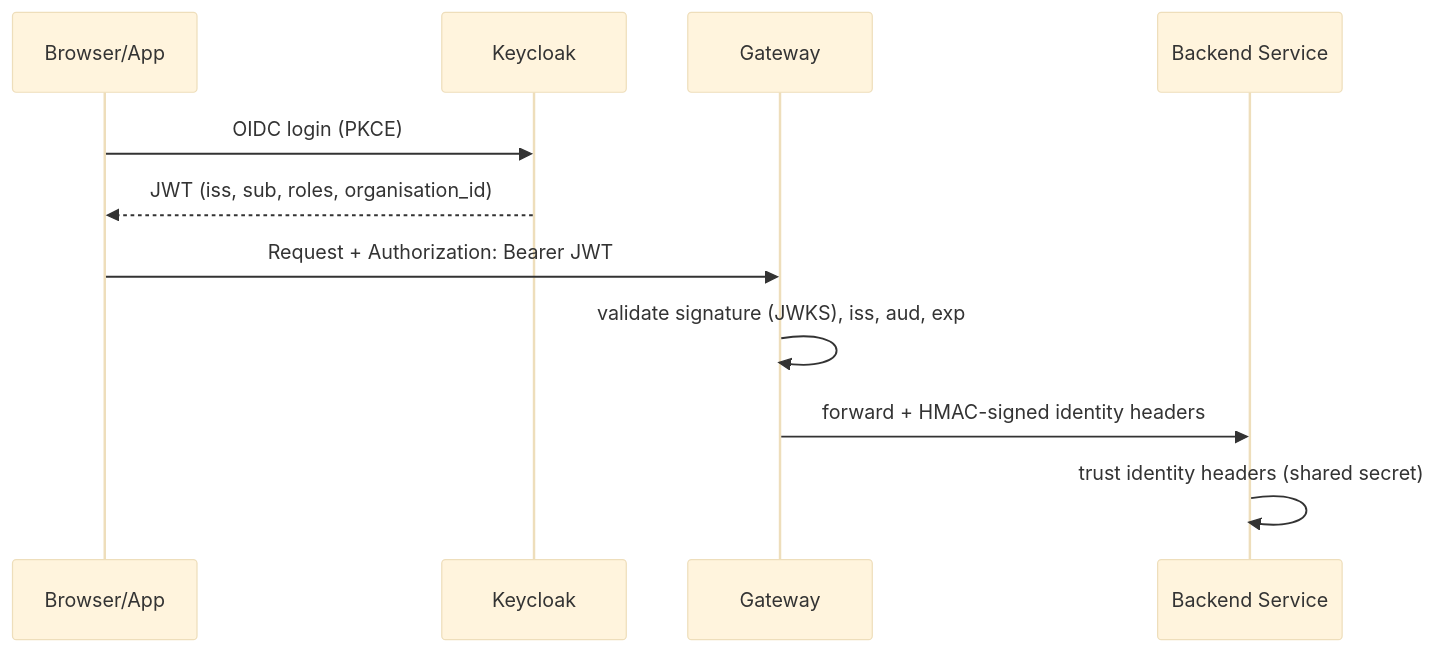
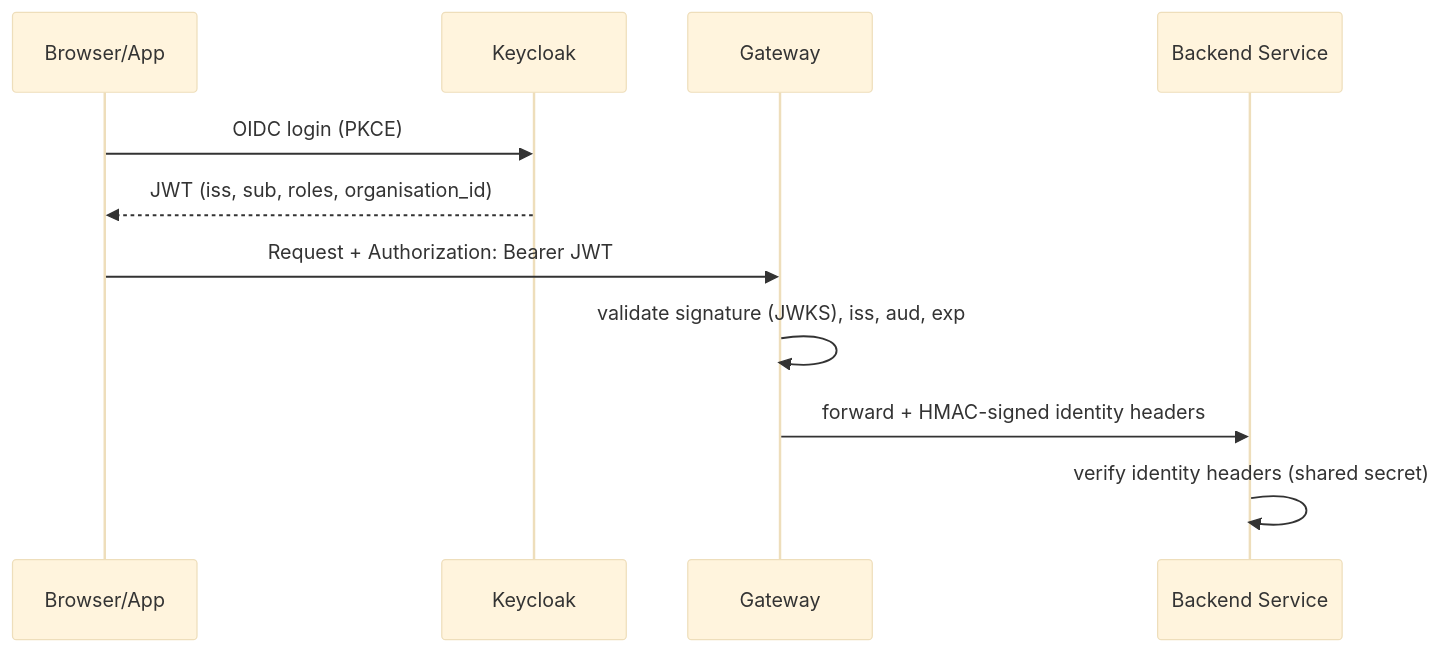
Before and after one commit to datakaveri/cdpg-docs: the diagram in docs/api-reference/auth-flow.md, drawn with Mermaid (base theme). The commit also changed other lines of this file and 67 other files, not shown here.

````diff
--- a/docs/api-reference/auth-flow.md
+++ b/docs/api-reference/auth-flow.md
@@ -7,14 +12,14 @@
 ```mermaid
 sequenceDiagram
     participant B as Browser/App
     participant K as Keycloak
     participant G as Gateway
     participant S as Backend Service
 
     B->>K: OIDC login (PKCE)
     K-->>B: JWT (iss, sub, roles, organisation_id)
     B->>G: Request + Authorization: Bearer JWT
     G->>G: validate signature (JWKS), iss, aud, exp
     G->>S: forward + HMAC-signed identity headers
-    S->>S: trust identity headers (shared secret)
+    S->>S: verify identity headers (shared secret)
 ```
````
